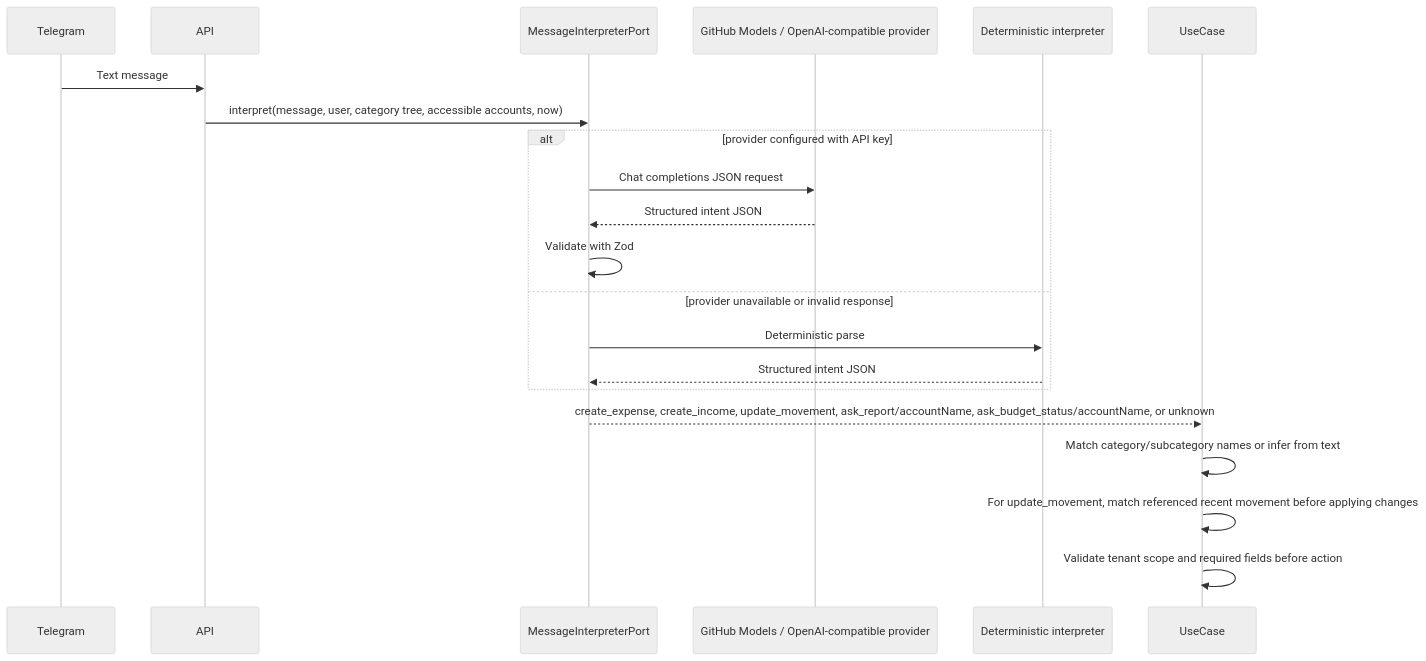
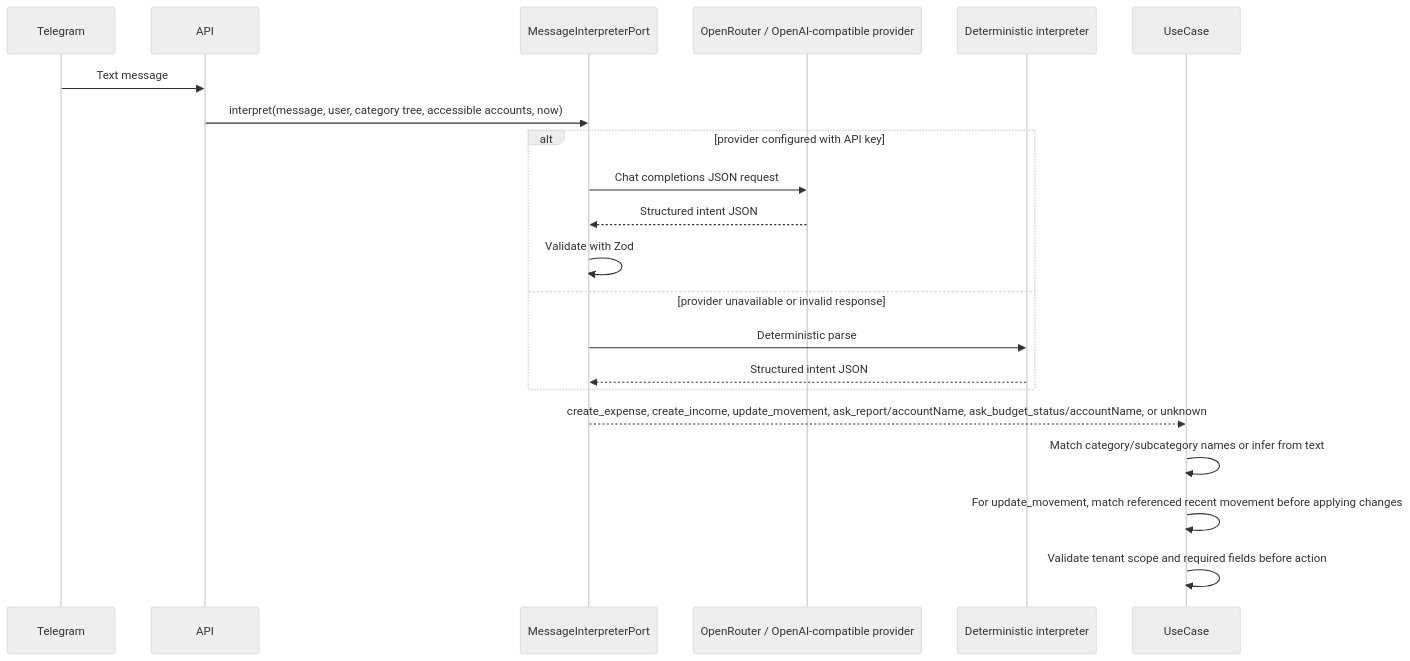
The diagram in docs/diagrams/message-interpretation.mmd (EduardoSalasG/expenses-tracker), drawn with Mermaid (neutral theme) before and after one commit. The commit also changed 13 other files, not shown here.

```diff
--- a/docs/diagrams/message-interpretation.mmd
+++ b/docs/diagrams/message-interpretation.mmd
@@ -1,21 +1,21 @@
 sequenceDiagram
   participant Telegram
   participant API
   participant Port as MessageInterpreterPort
-  participant LLM as GitHub Models / OpenAI-compatible provider
+  participant LLM as OpenRouter / OpenAI-compatible provider
   participant Fallback as Deterministic interpreter
   participant UseCase
   Telegram->>API: Text message
   API->>Port: interpret(message, user, category tree, accessible accounts, now)
   alt provider configured with API key
     Port->>LLM: Chat completions JSON request
     LLM-->>Port: Structured intent JSON
     Port->>Port: Validate with Zod
   else provider unavailable or invalid response
     Port->>Fallback: Deterministic parse
     Fallback-->>Port: Structured intent JSON
   end
   Port-->>UseCase: create_expense, create_income, update_movement, ask_report/accountName, ask_budget_status/accountName, or unknown
   UseCase->>UseCase: Match category/subcategory names or infer from text
   UseCase->>UseCase: For update_movement, match referenced recent movement before applying changes
   UseCase->>UseCase: Validate tenant scope and required fields before action
```
